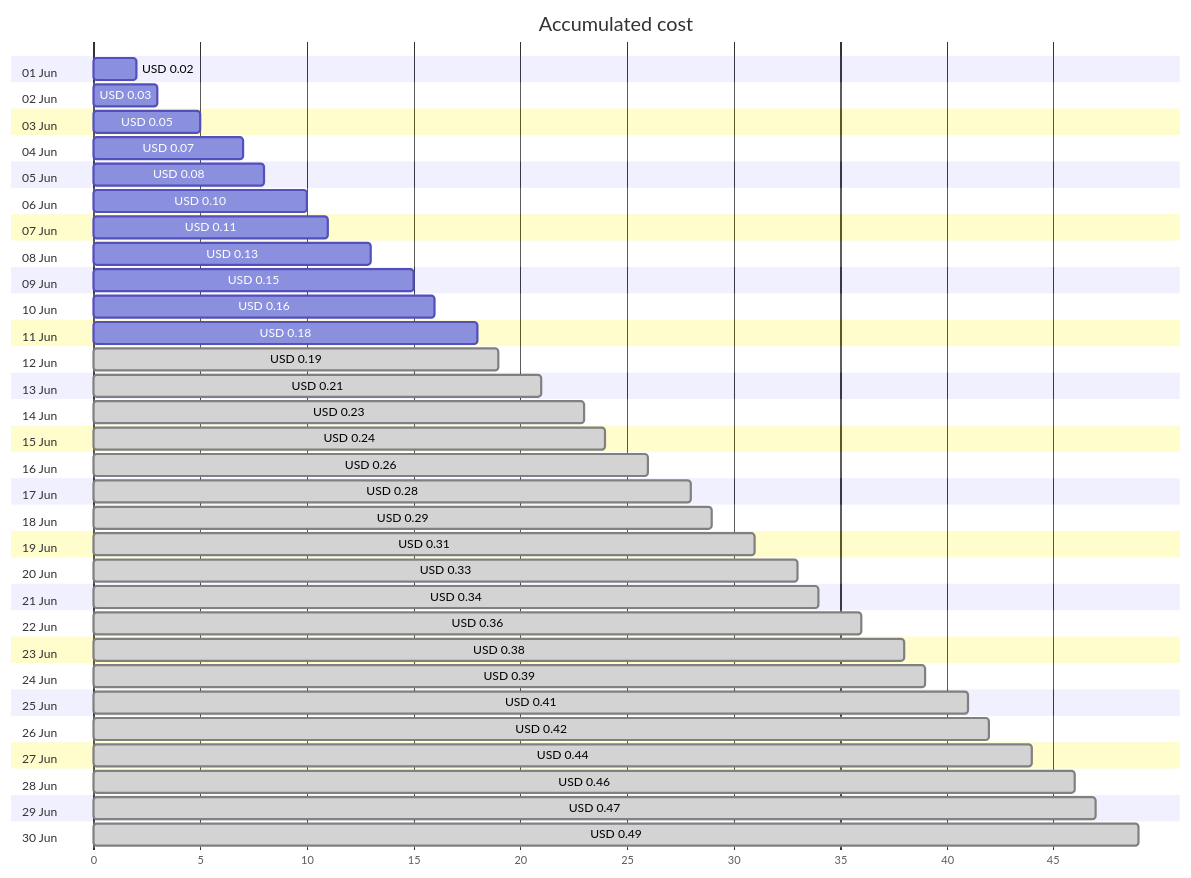
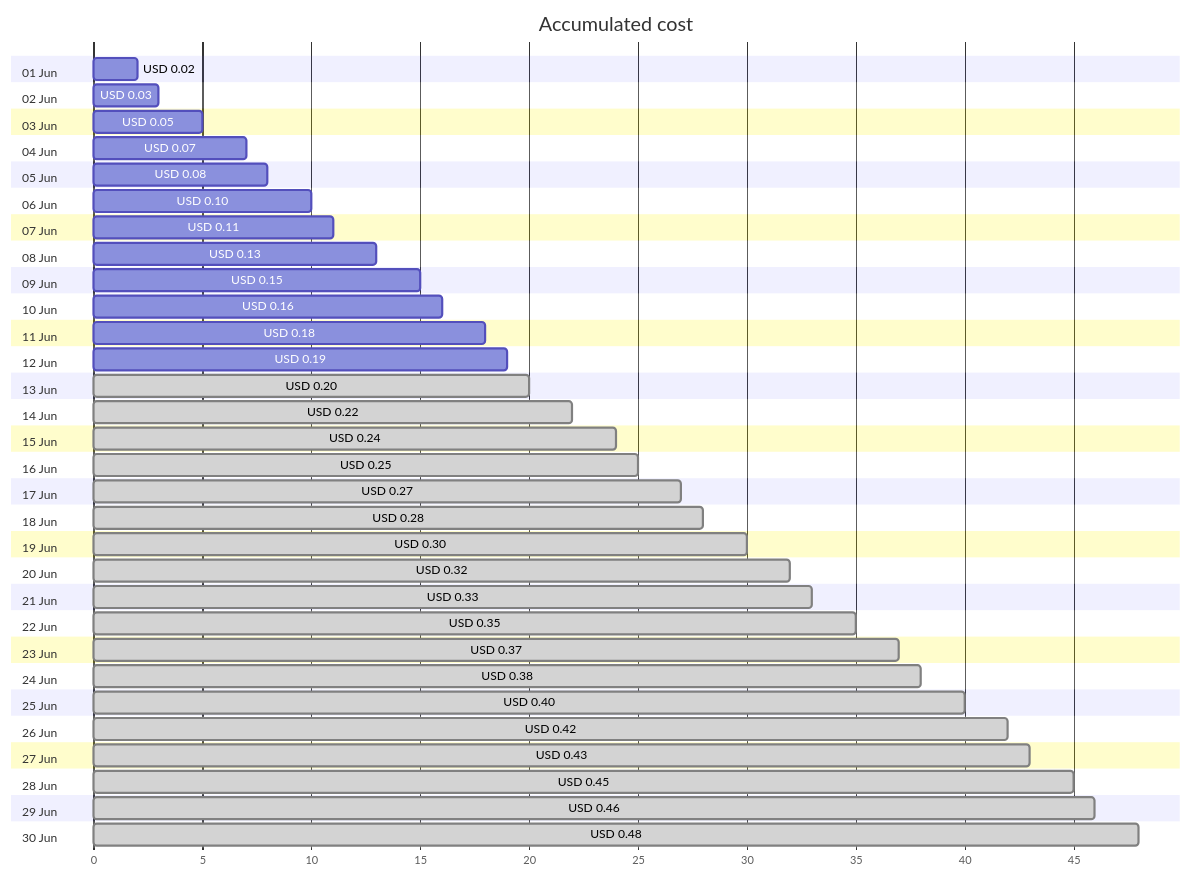
The first of 4 diagrams in cost-reports/personal-dns/jpatrickfulton.com.md (jpfulton/azure-personal-reports), drawn with Mermaid before and after one commit. The commit also changed other lines of this file and 2 other files, not shown here.

Commit message:
Generated reports [skip ci]

````diff
--- a/cost-reports/personal-dns/jpatrickfulton.com.md
+++ b/cost-reports/personal-dns/jpatrickfulton.com.md
@@ -20,66 +20,66 @@
 ```mermaid
 gantt
    title Accumulated cost
    dateFormat  X
    axisFormat %s
    section 01 Jun
    USD 0.02 :0, 2
    section 02 Jun
    USD 0.03 :0, 3
    section 03 Jun
    USD 0.05 :0, 5
    section 04 Jun
    USD 0.07 :0, 7
    section 05 Jun
    USD 0.08 :0, 8
    section 06 Jun
    USD 0.10 :0, 10
    section 07 Jun
    USD 0.11 :0, 11
    section 08 Jun
    USD 0.13 :0, 13
    section 09 Jun
    USD 0.15 :0, 15
    section 10 Jun
    USD 0.16 :0, 16
    section 11 Jun
    USD 0.18 :0, 18
    section 12 Jun
-   USD 0.19 : done, 0, 19
+   USD 0.19 :0, 19
    section 13 Jun
-   USD 0.21 : done, 0, 21
+   USD 0.20 : done, 0, 20
    section 14 Jun
-   USD 0.23 : done, 0, 23
+   USD 0.22 : done, 0, 22
    section 15 Jun
    USD 0.24 : done, 0, 24
    section 16 Jun
-   USD 0.26 : done, 0, 26
+   USD 0.25 : done, 0, 25
    section 17 Jun
+   USD 0.27 : done, 0, 27
+   section 18 Jun
    USD 0.28 : done, 0, 28
-   section 18 Jun
-   USD 0.29 : done, 0, 29
    section 19 Jun
-   USD 0.31 : done, 0, 31
+   USD 0.30 : done, 0, 30
    section 20 Jun
+   USD 0.32 : done, 0, 32
+   section 21 Jun
    USD 0.33 : done, 0, 33
-   section 21 Jun
-   USD 0.34 : done, 0, 34
    section 22 Jun
-   USD 0.36 : done, 0, 36
+   USD 0.35 : done, 0, 35
    section 23 Jun
+   USD 0.37 : done, 0, 37
+   section 24 Jun
    USD 0.38 : done, 0, 38
-   section 24 Jun
-   USD 0.39 : done, 0, 39
    section 25 Jun
-   USD 0.41 : done, 0, 41
+   USD 0.40 : done, 0, 40
    section 26 Jun
    USD 0.42 : done, 0, 42
    section 27 Jun
-   USD 0.44 : done, 0, 44
+   USD 0.43 : done, 0, 43
    section 28 Jun
+   USD 0.45 : done, 0, 45
+   section 29 Jun
    USD 0.46 : done, 0, 46
-   section 29 Jun
-   USD 0.47 : done, 0, 47
    section 30 Jun
-   USD 0.49 : done, 0, 49
+   USD 0.48 : done, 0, 48
 ```
````
